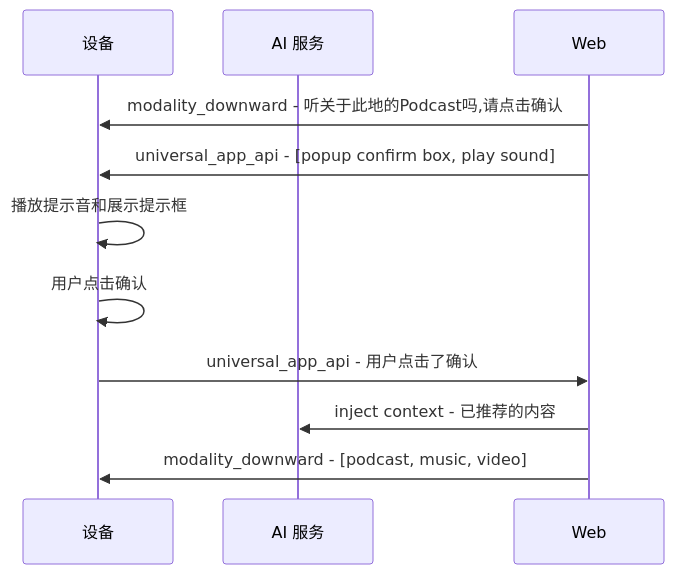
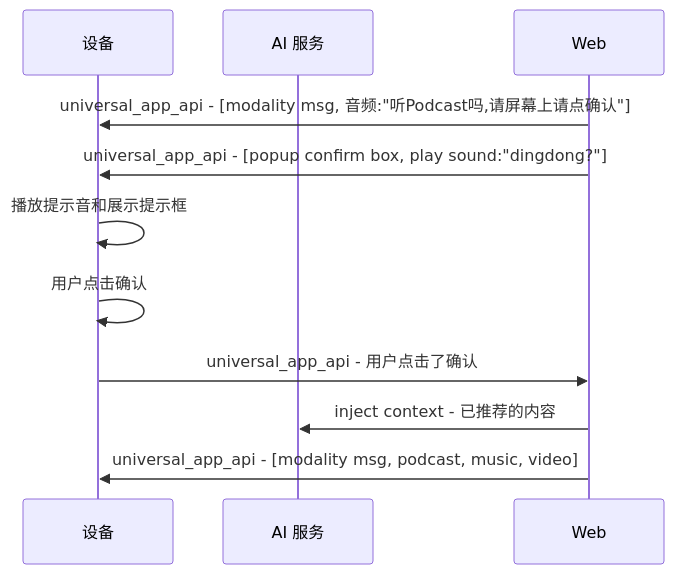
Before and after one commit to shaojun/open_docs: the third of 9 diagrams in projects/commercial/USER_STORY.md, drawn with Mermaid. The commit also changed other lines of this file and 1 other file, not shown here.

````diff
--- a/projects/commercial/USER_STORY.md
+++ b/projects/commercial/USER_STORY.md
@@ -35,12 +37,12 @@
 ```mermaid
 sequenceDiagram
     participant Device as 设备
     participant AIService as AI 服务
-    Web->>Device: modality_downward - 听关于此地的Podcast吗,请点击确认 
-    Web->>Device: universal_app_api - [popup confirm box, play sound]
+    Web->>Device: universal_app_api - [modality msg, 音频:"听Podcast吗,请屏幕上请点确认"] 
+    Web->>Device: universal_app_api - [popup confirm box, play sound:"dingdong?"]
     Device->>Device: 播放提示音和展示提示框
     Device->>Device: 用户点击确认
     Device->>Web: universal_app_api - 用户点击了确认
     Web->>AIService: inject context - 已推荐的内容  
-    Web->>Device: modality_downward - [podcast, music, video]
+    Web->>Device: universal_app_api - [modality msg, podcast, music, video]
 ```
````
